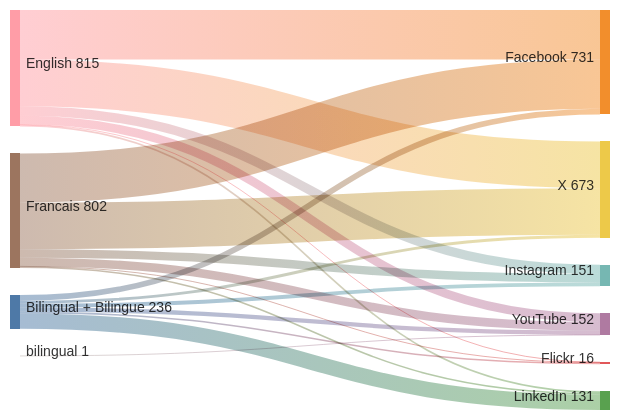
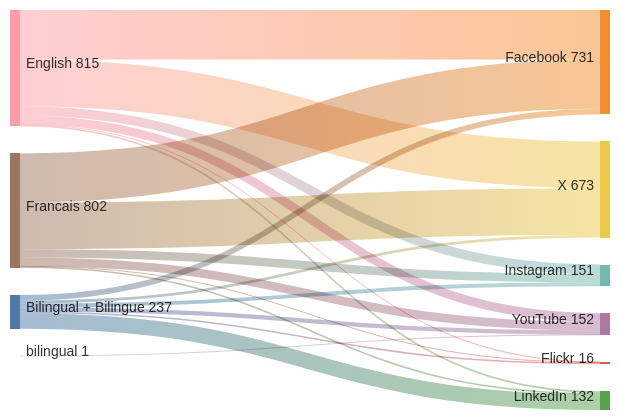
One commit to PatLittle/GC-Socials changed the diagram in sankey_diagram.md. Above: the diagram before and after it, drawn with Mermaid.

Commit message:
Update Sankey diagram for the most recent day

````diff
--- a/sankey_diagram.md
+++ b/sankey_diagram.md
@@ -1,22 +1,22 @@
 ```mermaid
 sankey-beta
   Bilingual + Bilingue,Facebook,40
   Bilingual + Bilingue,Flickr,11
   Bilingual + Bilingue,Instagram,27
-  Bilingual + Bilingue,LinkedIn,108
+  Bilingual + Bilingue,LinkedIn,109
   Bilingual + Bilingue,X,20
   Bilingual + Bilingue,YouTube,30
   English,Facebook,347
   English,Flickr,3
   English,Instagram,65
   English,LinkedIn,12
   English,X,327
   English,YouTube,61
   Francais,Facebook,344
   Francais,Flickr,2
   Francais,Instagram,59
   Francais,LinkedIn,11
   Francais,X,326
   Francais,YouTube,60
   bilingual,YouTube,1
 ```
````
